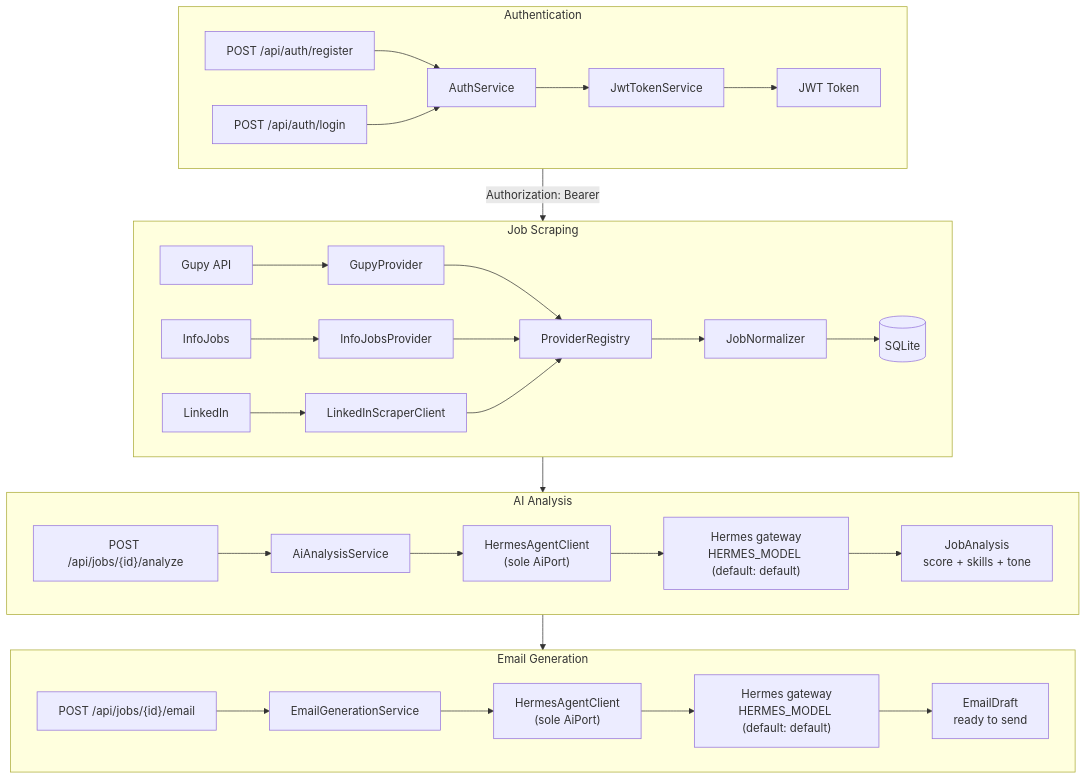
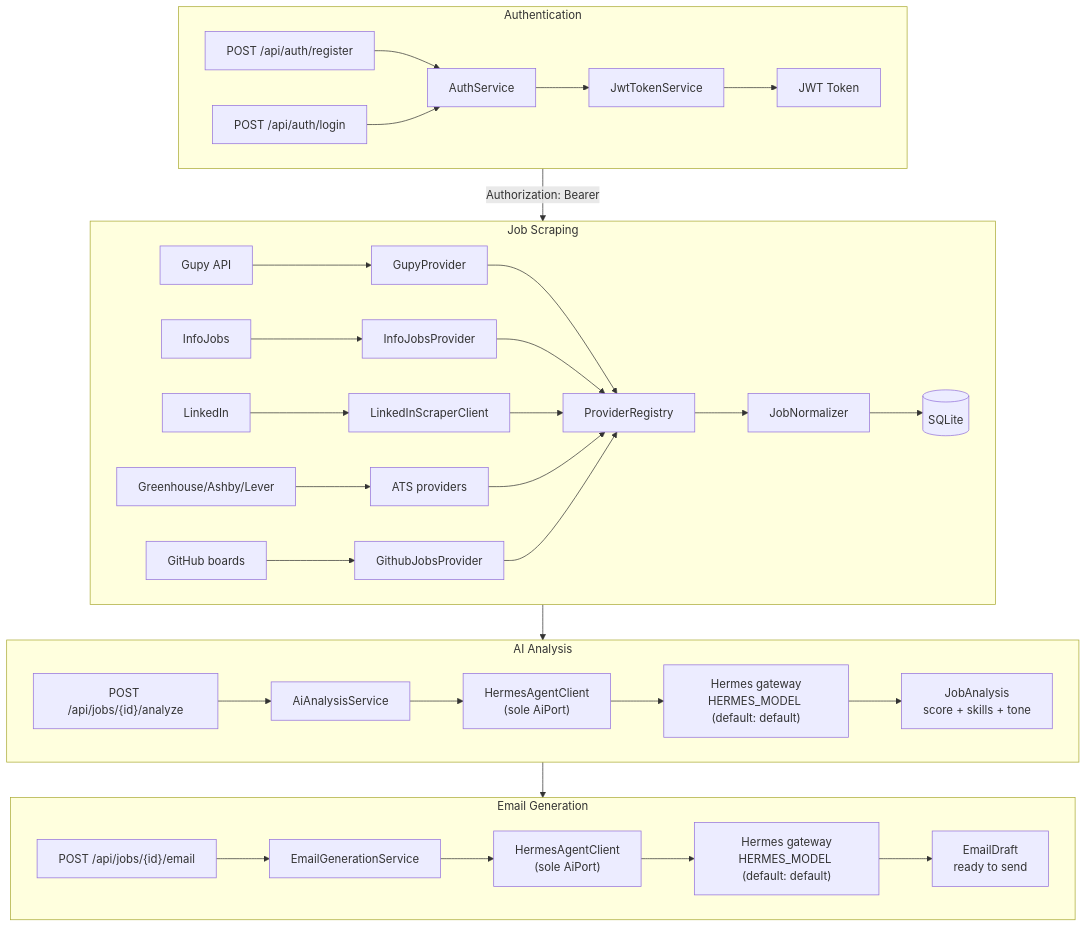
Before and after one commit to Uzzoper/job-hunter: the first of 6 diagrams in README.md, drawn with Mermaid. The commit also changed other lines of this file, not shown here.

Commit message:
docs: rewrite README — fix inverted email flow, add ATS/GitHub sources, reorder quickstart first

````diff
--- a/README.md
+++ b/README.md
@@ -19,38 +19,42 @@
 ```mermaid
 flowchart TB
     subgraph Auth["Authentication"]
         A1[POST /api/auth/register] --> A2[AuthService]
         A3[POST /api/auth/login] --> A2
         A2 --> A4[JwtTokenService]
         A4 --> A5[JWT Token]
     end
 
     subgraph Scraper["Job Scraping"]
         S1[Gupy API] --> S2[GupyProvider]
         S3[InfoJobs] --> S4[InfoJobsProvider]
         S5[LinkedIn] --> S6[LinkedInScraperClient]
+        S7a[Greenhouse/Ashby/Lever] --> S7b[ATS providers]
+        S7c[GitHub boards] --> S7d[GithubJobsProvider]
         S2 --> S7[ProviderRegistry]
         S4 --> S7
         S6 --> S7
+        S7b --> S7
+        S7d --> S7
         S7 --> S8[JobNormalizer]
         S8 --> S9[(SQLite)]
     end
 
     subgraph AI["AI Analysis"]
         I1["POST /api/jobs/{id}/analyze"] --> I2[AiAnalysisService]
         I2 --> I3["HermesAgentClient<br/>(sole AiPort)"]
         I3 --> I4["Hermes gateway<br/>HERMES_MODEL (default: default)"]
         I4 --> I6[JobAnalysis<br/>score + skills + tone]
     end
 
     subgraph Email["Email Generation"]
         E1["POST /api/jobs/{id}/email"] --> E2[EmailGenerationService]
         E2 --> E3["HermesAgentClient<br/>(sole AiPort)"]
         E3 --> E4["Hermes gateway<br/>HERMES_MODEL (default: default)"]
         E4 --> E6[EmailDraft<br/>ready to send]
     end
 
     Auth -->|Authorization: Bearer| Scraper
     Scraper --> AI
     AI --> Email
 ```
````
